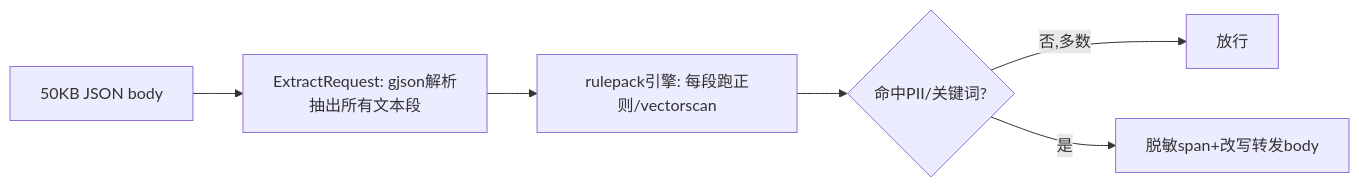
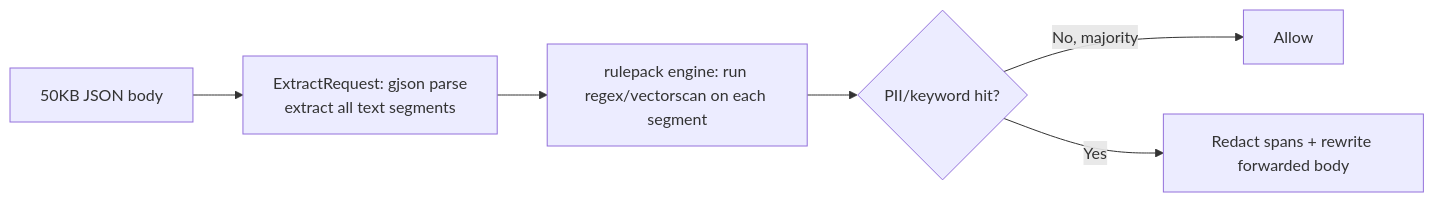
Before and after one commit to AlphaBitCore/nexus-gateway: the third of 4 diagrams in docs/developers/architecture/services/ai-gateway/performance-and-switches-explained.md, drawn with Mermaid. The commit also changed other lines of this file and 165 other files, not shown here.

````diff
--- a/docs/developers/architecture/services/ai-gateway/performance-and-switches-explained.md
+++ b/docs/developers/architecture/services/ai-gateway/performance-and-switches-explained.md
@@ -139,8 +139,8 @@
 ```mermaid
 flowchart LR
-    B[50KB JSON body] --> X[ExtractRequest: gjson解析<br/>抽出所有文本段]
-    X --> S[rulepack引擎: 每段跑正则/vectorscan]
-    S --> D{命中PII/关键词?}
-    D -->|否,多数| OK[放行]
-    D -->|是| RED[脱敏span+改写转发body]
+    B[50KB JSON body] --> X[ExtractRequest: gjson parse<br/>extract all text segments]
+    X --> S[rulepack engine: run regex/vectorscan on each segment]
+    S --> D{PII/keyword hit?}
+    D -->|No, majority| OK[Allow]
+    D -->|Yes| RED[Redact spans + rewrite forwarded body]
 ```
````
